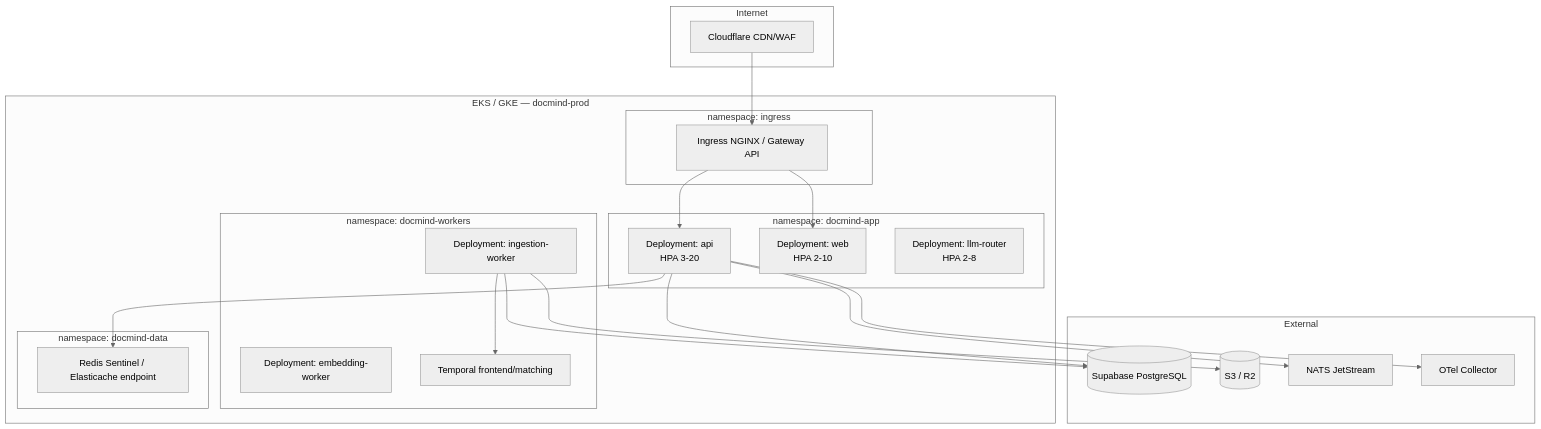
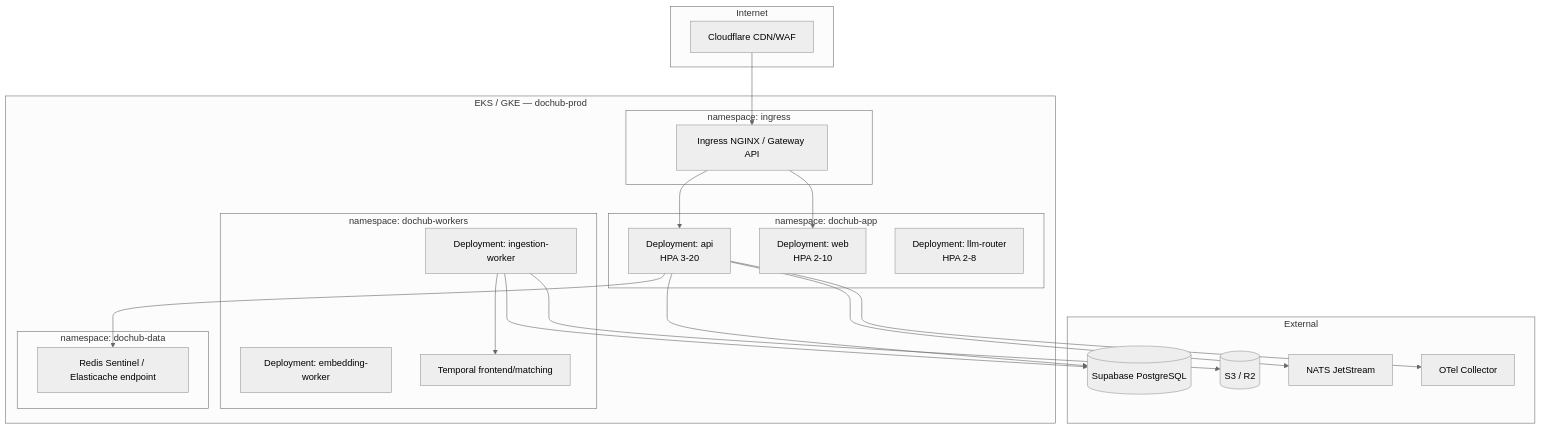
Before and after one commit to verkhobuzh-prog/docmind-os: the diagram in docs/architecture/08-kubernetes-topology.md, drawn with Mermaid (neutral theme). The commit also changed other lines of this file and 43 other files, not shown here.

````diff
--- a/docs/architecture/08-kubernetes-topology.md
+++ b/docs/architecture/08-kubernetes-topology.md
@@ -5,46 +5,46 @@
 ```mermaid
 flowchart TB
     subgraph Internet
         CF[Cloudflare CDN/WAF]
     end
 
-    subgraph K8s["EKS / GKE — docmind-prod"]
+    subgraph K8s["EKS / GKE — dochub-prod"]
         subgraph ingress_ns["namespace: ingress"]
             IG[Ingress NGINX / Gateway API]
         end
 
-        subgraph app_ns["namespace: docmind-app"]
+        subgraph app_ns["namespace: dochub-app"]
             API[Deployment: api<br/>HPA 3-20]
             WEB[Deployment: web<br/>HPA 2-10]
             ROUTER[Deployment: llm-router<br/>HPA 2-8]
         end
 
-        subgraph worker_ns["namespace: docmind-workers"]
+        subgraph worker_ns["namespace: dochub-workers"]
             W1[Deployment: ingestion-worker]
             W2[Deployment: embedding-worker]
             TEMP[Temporal frontend/matching]
         end
 
-        subgraph data_ns["namespace: docmind-data"]
+        subgraph data_ns["namespace: dochub-data"]
             REDIS[Redis Sentinel / Elasticache endpoint]
         end
     end
 
     subgraph External
         SB[(Supabase PostgreSQL)]
         S3[(S3 / R2)]
         NATS[NATS JetStream]
         OTEL[OTel Collector]
     end
 
     CF --> IG
     IG --> API
     IG --> WEB
     API --> SB
     API --> REDIS
     API --> NATS
     W1 --> S3
     W1 --> SB
     W1 --> TEMP
     API --> OTEL
 ```
````
